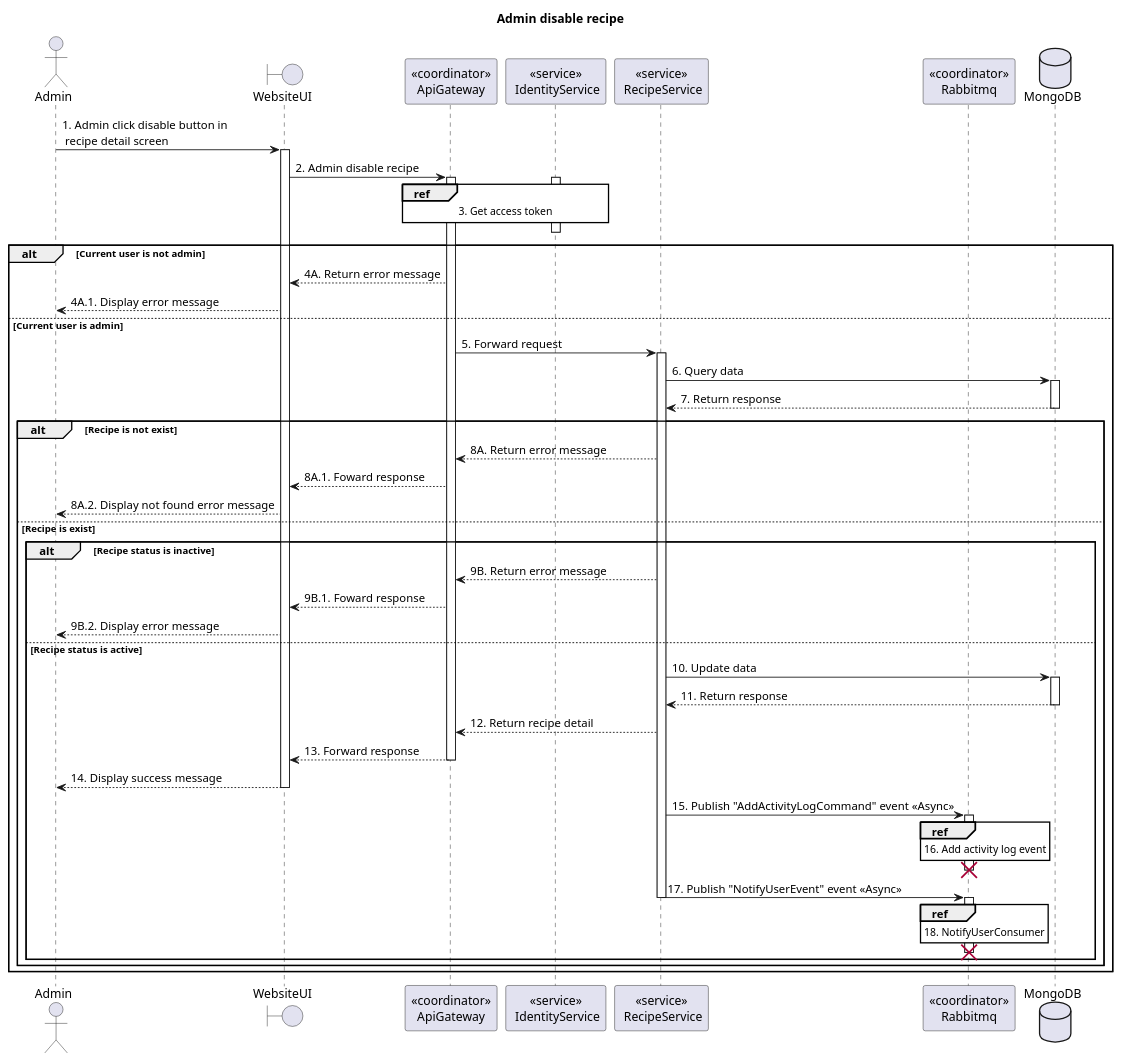
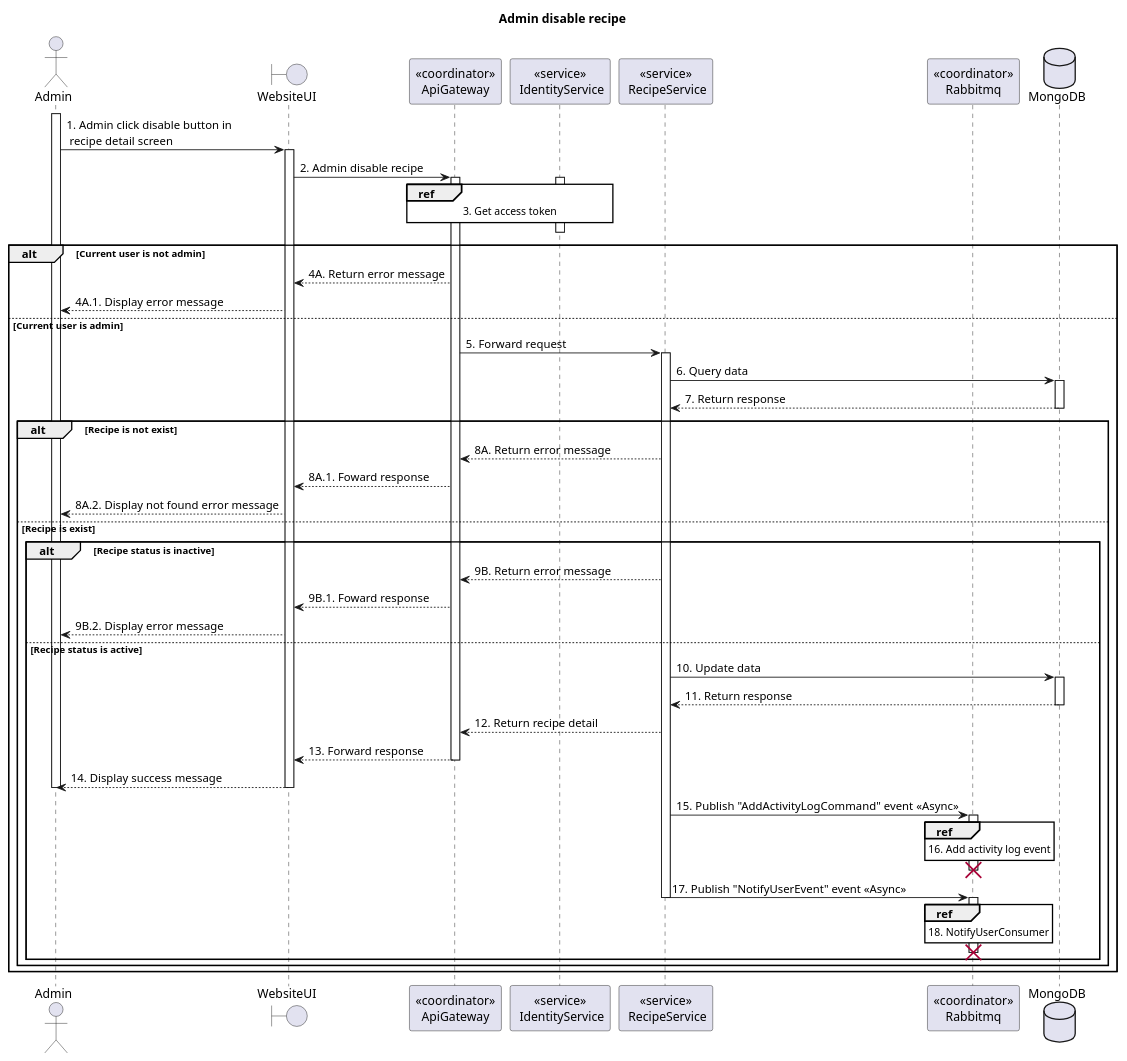
The diagram in doc/SDS/Recipe/Admin/Admin disable recipe/Sequence.plantuml (Carl-Johnsons/tastopia), drawn with PlantUML before and after one commit. The commit also changed 40 other files, not shown here.

Commit message:
doc: update recipe sequence diagram

```diff
--- a/doc/SDS/Recipe/Admin/Admin disable recipe/Sequence.plantuml
+++ b/doc/SDS/Recipe/Admin/Admin disable recipe/Sequence.plantuml
@@ -1,68 +1,70 @@
 @startuml Sequence
 title "Admin disable recipe"
 ' Style section
 <style>
   sequenceDiagram {
     reference {
       BackGroundColor white
     }
 }
 </style>
 
 actor Admin
 boundary WebsiteUI
 participant "<<coordinator>>\nApiGateway" as ApiGateway
 participant "<<service>>\n IdentityService" as IdentityService
 participant "<<service>>\n RecipeService" as RecipeService
 participant "<<coordinator>>\nRabbitmq" as Rabbitmq
 database MongoDB
 
+activate Admin
 Admin -> WebsiteUI++: 1. Admin click disable button in \n recipe detail screen
 WebsiteUI -> ApiGateway++: 2. Admin disable recipe
 
 activate IdentityService
 ref over ApiGateway, IdentityService: 3. Get access token
 ApiGateway -[hidden]-> IdentityService
 deactivate IdentityService
 
 alt Current user is not admin
     WebsiteUI <-- ApiGateway: 4A. Return error message
     Admin <-- WebsiteUI: 4A.1. Display error message
 else Current user is admin
 ApiGateway -> RecipeService++: 5. Forward request
 RecipeService -> MongoDB++: 6. Query data
 RecipeService <-- MongoDB--: 7. Return response
   alt Recipe is not exist
       ApiGateway <-- RecipeService: 8A. Return error message
       WebsiteUI <-- ApiGateway: 8A.1. Foward response
       Admin <-- WebsiteUI: 8A.2. Display not found error message
   else Recipe is exist
       alt Recipe status is inactive
           ApiGateway <-- RecipeService: 9B. Return error message
           WebsiteUI <-- ApiGateway: 9B.1. Foward response
           Admin <-- WebsiteUI: 9B.2. Display error message
       else Recipe status is active
           RecipeService -> MongoDB++: 10. Update data
           RecipeService <-- MongoDB--: 11. Return response
           ApiGateway <-- RecipeService: 12. Return recipe detail
           WebsiteUI <-- ApiGateway--: 13. Forward response
           Admin <-- WebsiteUI--: 14. Display success message
+          deactivate Admin
           RecipeService -> Rabbitmq: 15. Publish "AddActivityLogCommand" event <<Async>>
           activate Rabbitmq
           ref over Rabbitmq: 16. Add activity log event
           RecipeService -[hidden]-> Rabbitmq
           deactivate Rabbitmq
           destroy Rabbitmq
 
           RecipeService -> Rabbitmq: 17. Publish "NotifyUserEvent" event <<Async>>
           deactivate RecipeService
           activate Rabbitmq
           ref over Rabbitmq: 18. NotifyUserConsumer
           RecipeService -[hidden]-> Rabbitmq
           deactivate Rabbitmq
           destroy Rabbitmq
       end alt
   end alt
 end alt
 
 @enduml
```
